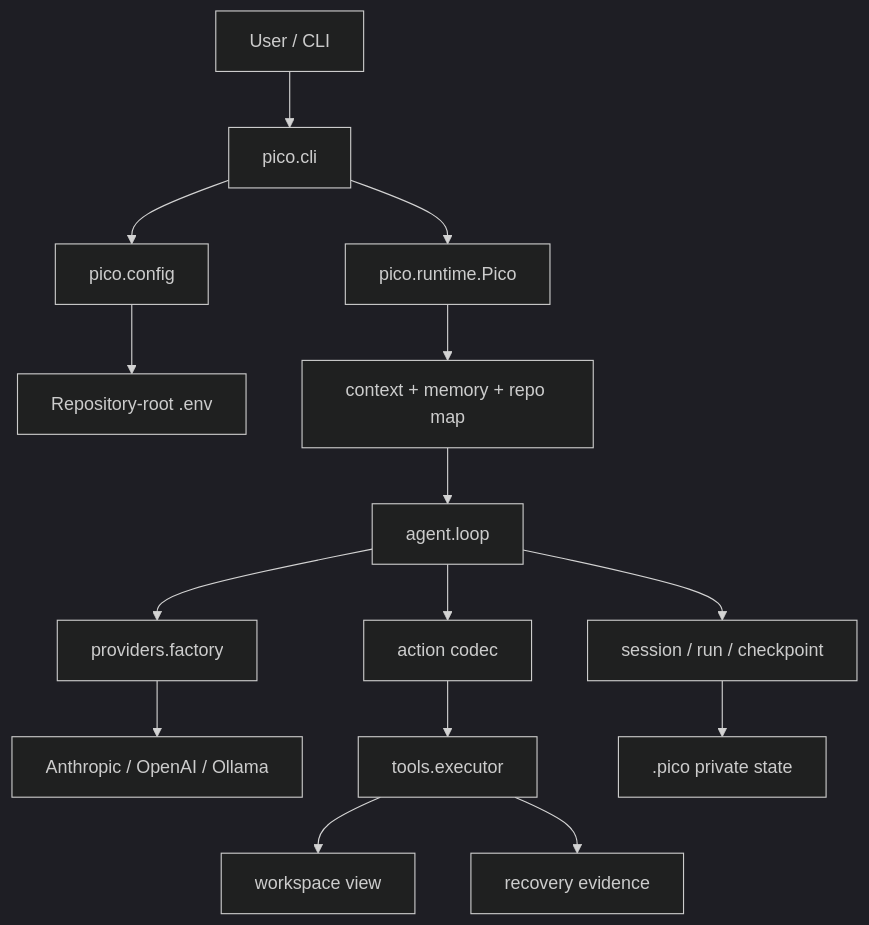
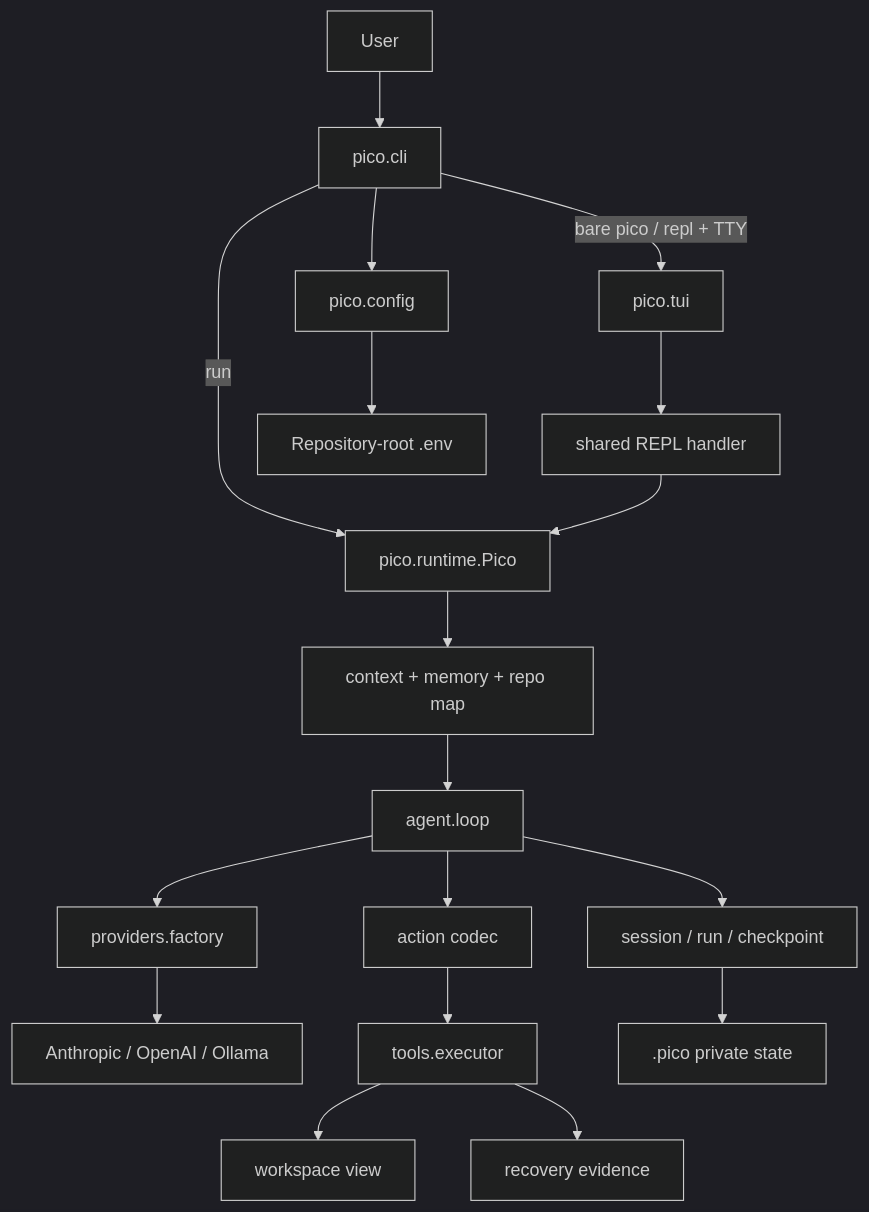
Before and after one commit to xiawiie/pony-code: the first of 5 diagrams in docs/architecture.md, drawn with Mermaid (dark theme). The commit also changed other lines of this file and 26 other files, not shown here.

````diff
--- a/docs/architecture.md
+++ b/docs/architecture.md
@@ -8,17 +8,20 @@
 ```mermaid
 flowchart TB
-    U["User / CLI"] --> CLI["pico.cli"]
+    U["User"] --> CLI["pico.cli"]
+    CLI -->|"bare pico / repl + TTY"| TUI["pico.tui"]
+    TUI --> REPL["shared REPL handler"]
+    CLI -->|"run"| RT["pico.runtime.Pico"]
+    REPL --> RT
     CLI --> CFG["pico.config"]
-    CLI --> RT["pico.runtime.Pico"]
     CFG --> ENV["Repository-root .env"]
     RT --> CTX["context + memory + repo map"]
     CTX --> LOOP["agent.loop"]
     LOOP --> PF["providers.factory"]
     PF --> API["Anthropic / OpenAI / Ollama"]
     LOOP --> ACT["action codec"]
     ACT --> TOOLS["tools.executor"]
     TOOLS --> WRK["workspace view"]
     LOOP --> STATE["session / run / checkpoint"]
     STATE --> LOCAL[".pico private state"]
     TOOLS --> REC["recovery evidence"]
 ```
````
